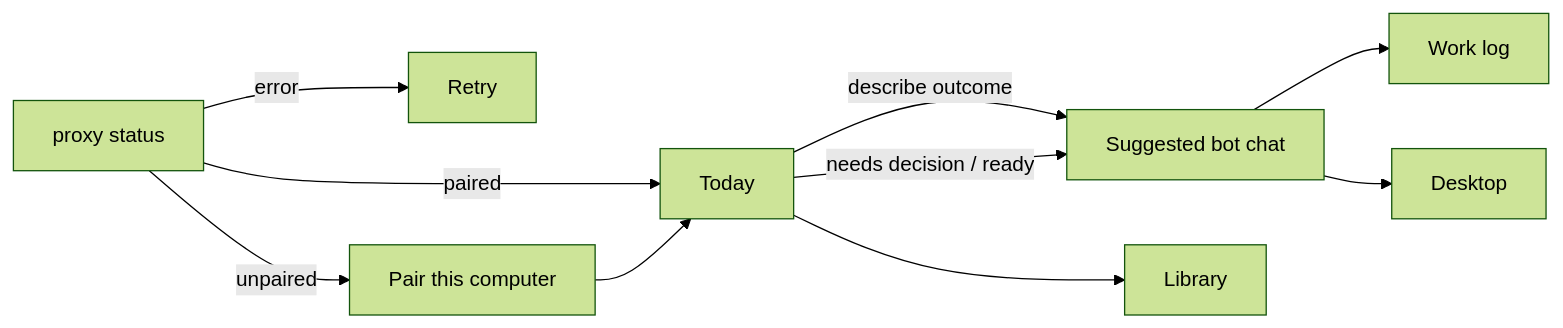
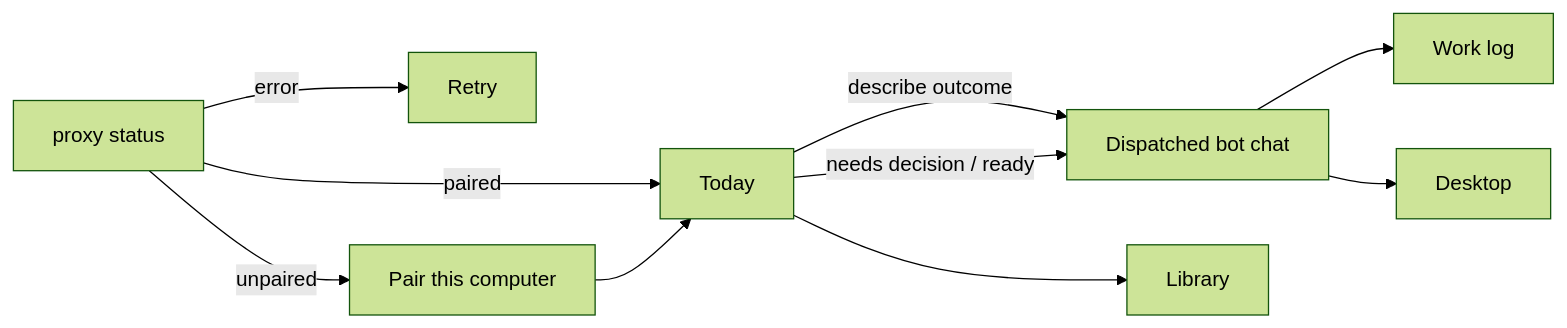
Before and after one commit to itsuppartem/artek-buddy: the diagram in client/WINDOW.md, drawn with Mermaid (forest theme). The commit also changed other lines of this file and 29 other files, not shown here.

````diff
--- a/client/WINDOW.md
+++ b/client/WINDOW.md
@@ -7,13 +7,13 @@
 ```mermaid
 flowchart LR
   boot[proxy status]
   boot -->|error| proxyErr[Retry]
   boot -->|unpaired| pairing[Pair this computer]
   boot -->|paired| today[Today]
   pairing --> today
-  today -->|describe outcome| chat[Suggested bot chat]
+  today -->|describe outcome| chat[Dispatched bot chat]
   today -->|needs decision / ready| chat
   chat --> worklog[Work log]
   chat --> computer[Desktop]
   today --> library[Library]
 ```
````
